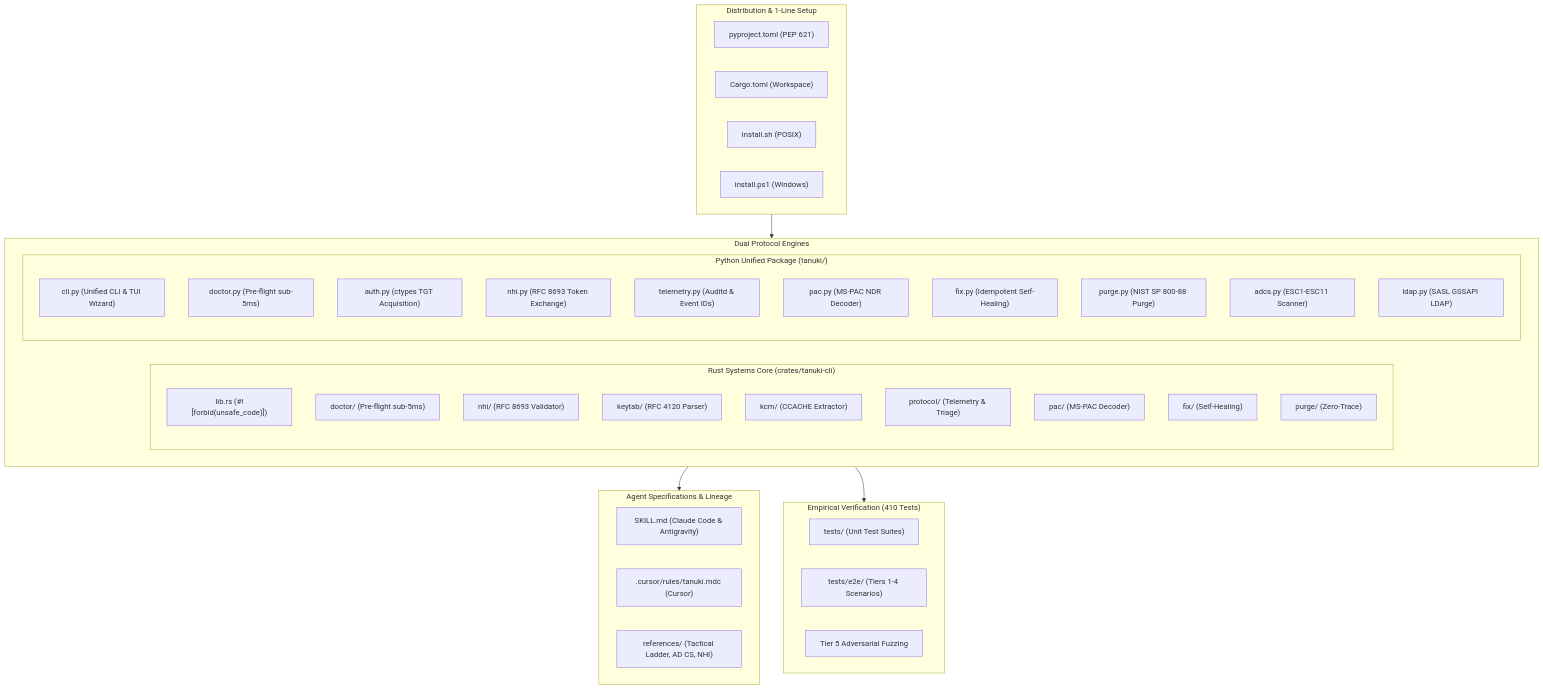
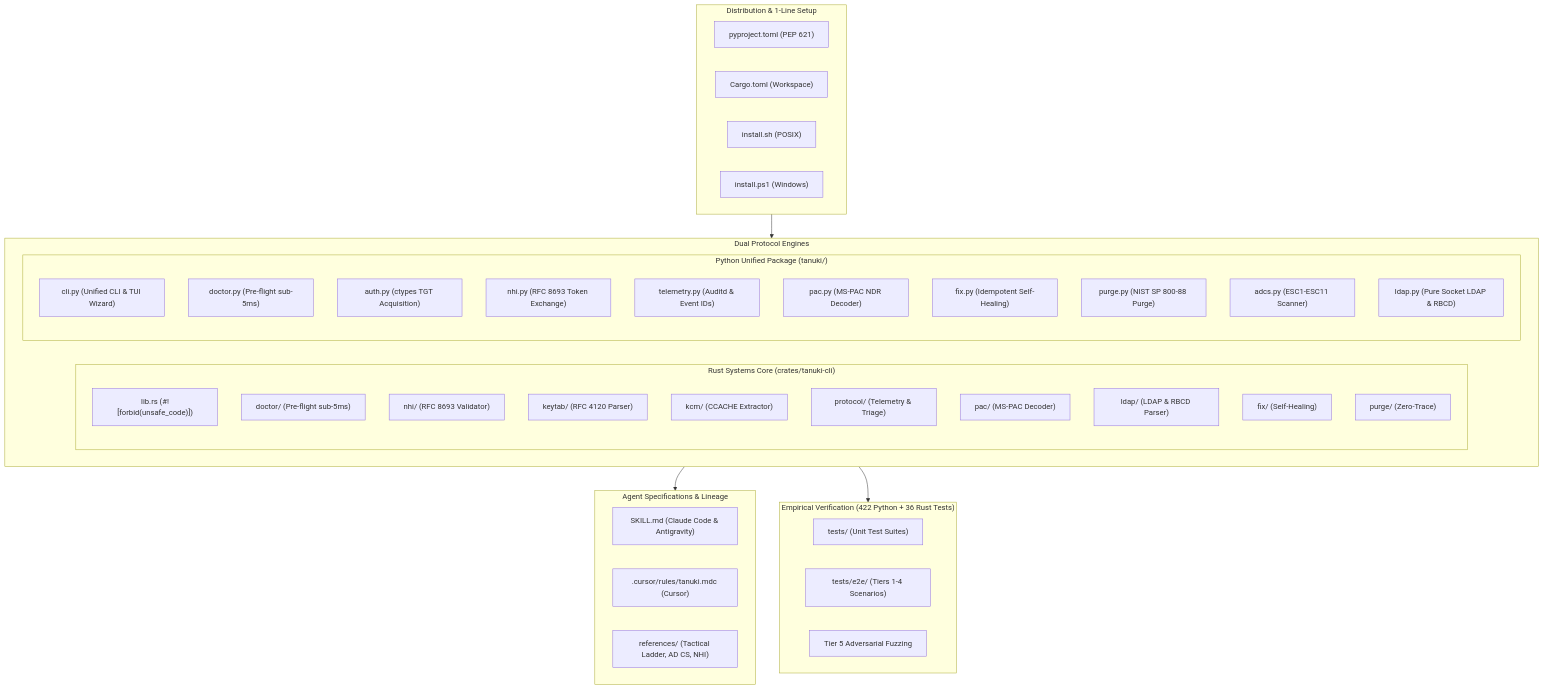
Before and after one commit to Mafifrizi/tanuki: the diagram in README.md, drawn with Mermaid. The commit also changed other lines of this file and 12 other files, not shown here.

````diff
--- a/README.md
+++ b/README.md
@@ -451,52 +470,53 @@
 ```mermaid
 flowchart TD
     subgraph DIST["Distribution & 1-Line Setup"]
         M1["pyproject.toml (PEP 621)"]
         M2["Cargo.toml (Workspace)"]
         I1["install.sh (POSIX)"]
         I2["install.ps1 (Windows)"]
     end
 
     subgraph ENGINES["Dual Protocol Engines"]
         subgraph RUST_ENGINE["Rust Systems Core (crates/tanuki-cli)"]
             R_LIB["lib.rs (#![forbid(unsafe_code)])"]
             R_DOC["doctor/ (Pre-flight sub-5ms)"]
             R_NHI["nhi/ (RFC 8693 Validator)"]
             R_KT["keytab/ (RFC 4120 Parser)"]
             R_KCM["kcm/ (CCACHE Extractor)"]
             R_TEL["protocol/ (Telemetry & Triage)"]
             R_PAC["pac/ (MS-PAC Decoder)"]
+            R_LDAP["ldap/ (LDAP & RBCD Parser)"]
             R_FIX["fix/ (Self-Healing)"]
             R_PURGE["purge/ (Zero-Trace)"]
         end
 
         subgraph PY_ENGINE["Python Unified Package (tanuki/)"]
             P_CLI["cli.py (Unified CLI & TUI Wizard)"]
             P_DOC["doctor.py (Pre-flight sub-5ms)"]
             P_AUTH["auth.py (ctypes TGT Acquisition)"]
             P_NHI["nhi.py (RFC 8693 Token Exchange)"]
             P_TEL["telemetry.py (Auditd & Event IDs)"]
             P_PAC["pac.py (MS-PAC NDR Decoder)"]
             P_FIX["fix.py (Idempotent Self-Healing)"]
             P_PURGE["purge.py (NIST SP 800-88 Purge)"]
             P_ADCS["adcs.py (ESC1-ESC11 Scanner)"]
-            P_LDAP["ldap.py (SASL GSSAPI LDAP)"]
+            P_LDAP["ldap.py (Pure Socket LDAP & RBCD)"]
         end
     end
 
     subgraph AGENT_LAYER["Agent Specifications & Lineage"]
         S1["SKILL.md (Claude Code & Antigravity)"]
         S2[".cursor/rules/tanuki.mdc (Cursor)"]
         S3["references/ (Tactical Ladder, AD CS, NHI)"]
     end
 
-    subgraph VERIFICATION["Empirical Verification (410 Tests)"]
+    subgraph VERIFICATION["Empirical Verification (422 Python + 36 Rust Tests)"]
         V1["tests/ (Unit Test Suites)"]
         V2["tests/e2e/ (Tiers 1-4 Scenarios)"]
         V3["Tier 5 Adversarial Fuzzing"]
     end
 
     DIST --> ENGINES
     ENGINES --> AGENT_LAYER
     ENGINES --> VERIFICATION
 ```
````
